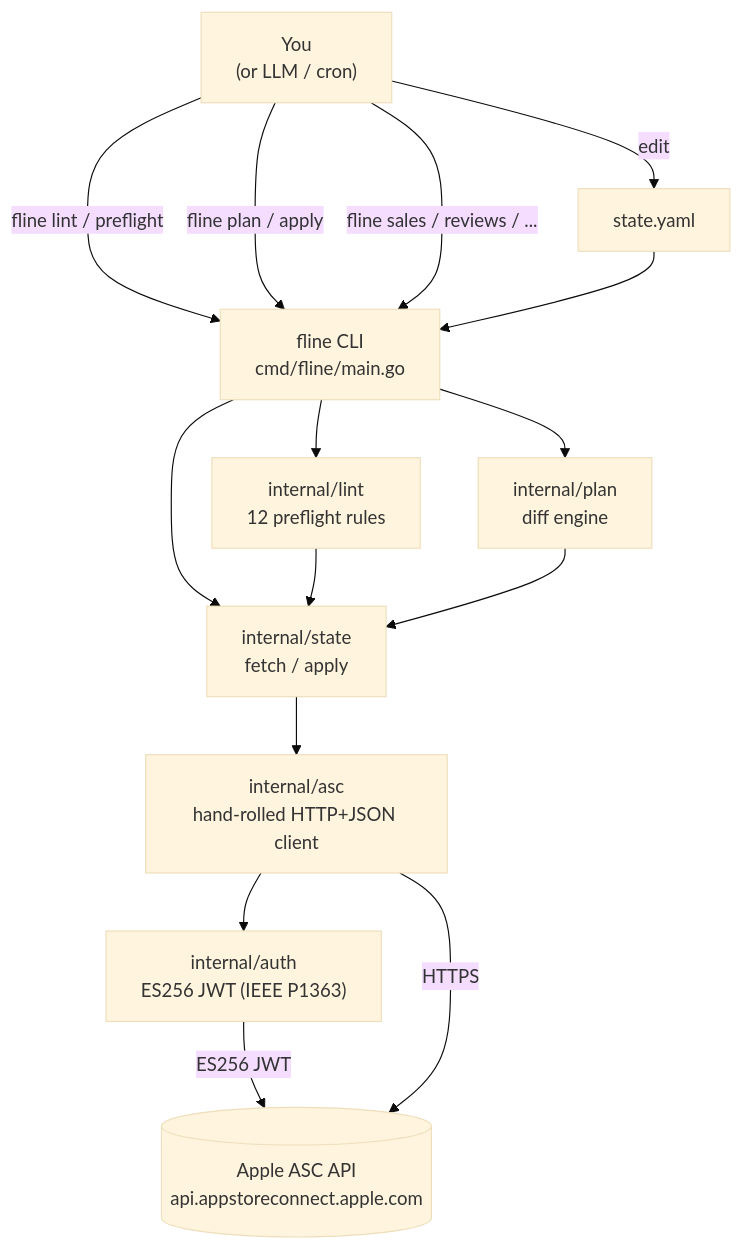
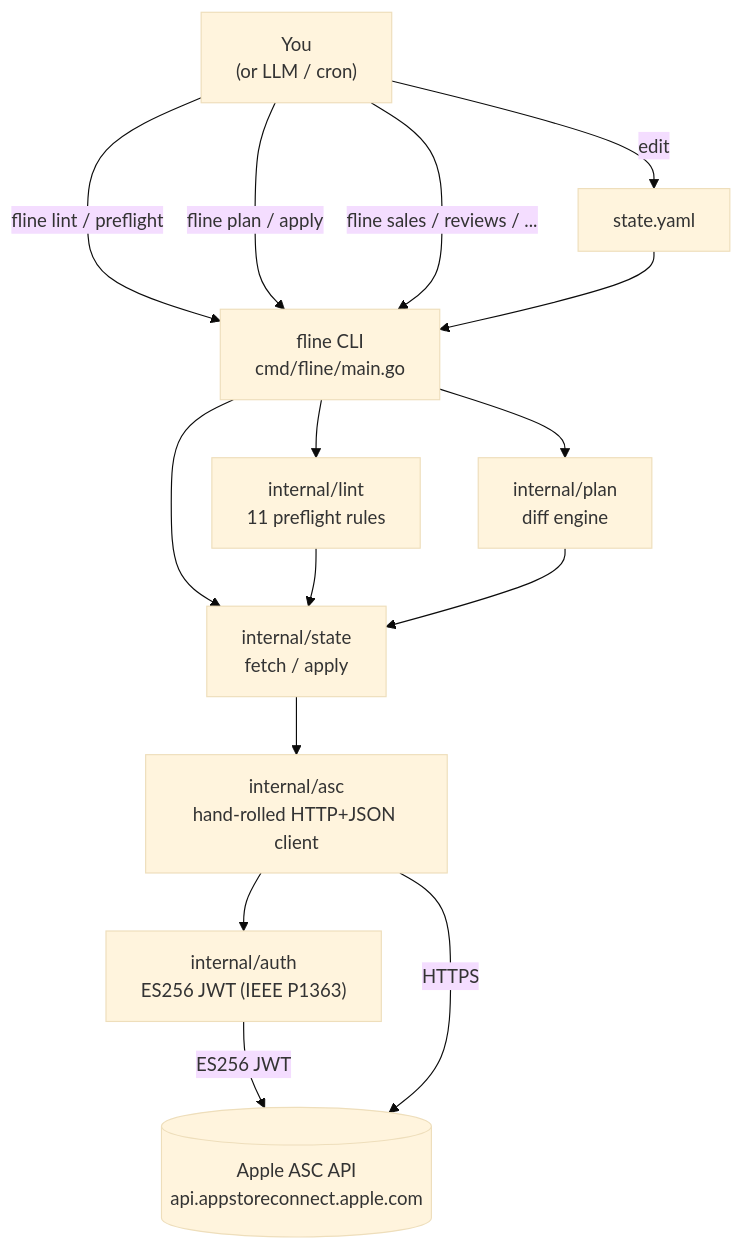
One commit to ul0gic/flightline changed the first of 2 diagrams in README.md. Above: the diagram before and after it, drawn with Mermaid (base theme). The commit also changed other lines of this file and 12 other files, not shown here.

````diff
--- a/README.md
+++ b/README.md
@@ -121,27 +121,27 @@
 ```mermaid
 flowchart TB
     User["You\n(or LLM / cron)"]
     YAML["state.yaml"]
     CLI["fline CLI\ncmd/fline/main.go"]
-    Lint["internal/lint\n12 preflight rules"]
+    Lint["internal/lint\n11 preflight rules"]
     Plan["internal/plan\ndiff engine"]
     State["internal/state\nfetch / apply"]
     ASC["internal/asc\nhand-rolled HTTP+JSON client"]
     Auth["internal/auth\nES256 JWT (IEEE P1363)"]
     Apple[("Apple ASC API\napi.appstoreconnect.apple.com")]
 
     User -->|"edit"| YAML
     User -->|"fline lint / preflight"| CLI
     User -->|"fline plan / apply"| CLI
     User -->|"fline sales / reviews / ..."| CLI
     YAML --> CLI
     CLI --> Lint
     CLI --> Plan
     CLI --> State
     Lint --> State
     Plan --> State
     State --> ASC
     ASC --> Auth
     Auth -->|"ES256 JWT"| Apple
     ASC -->|"HTTPS"| Apple
 ```
````
